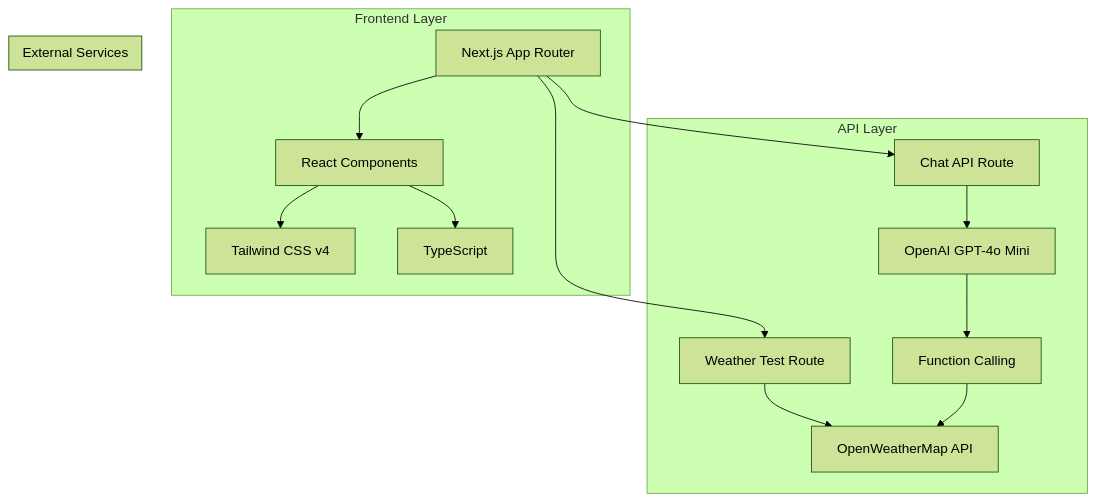
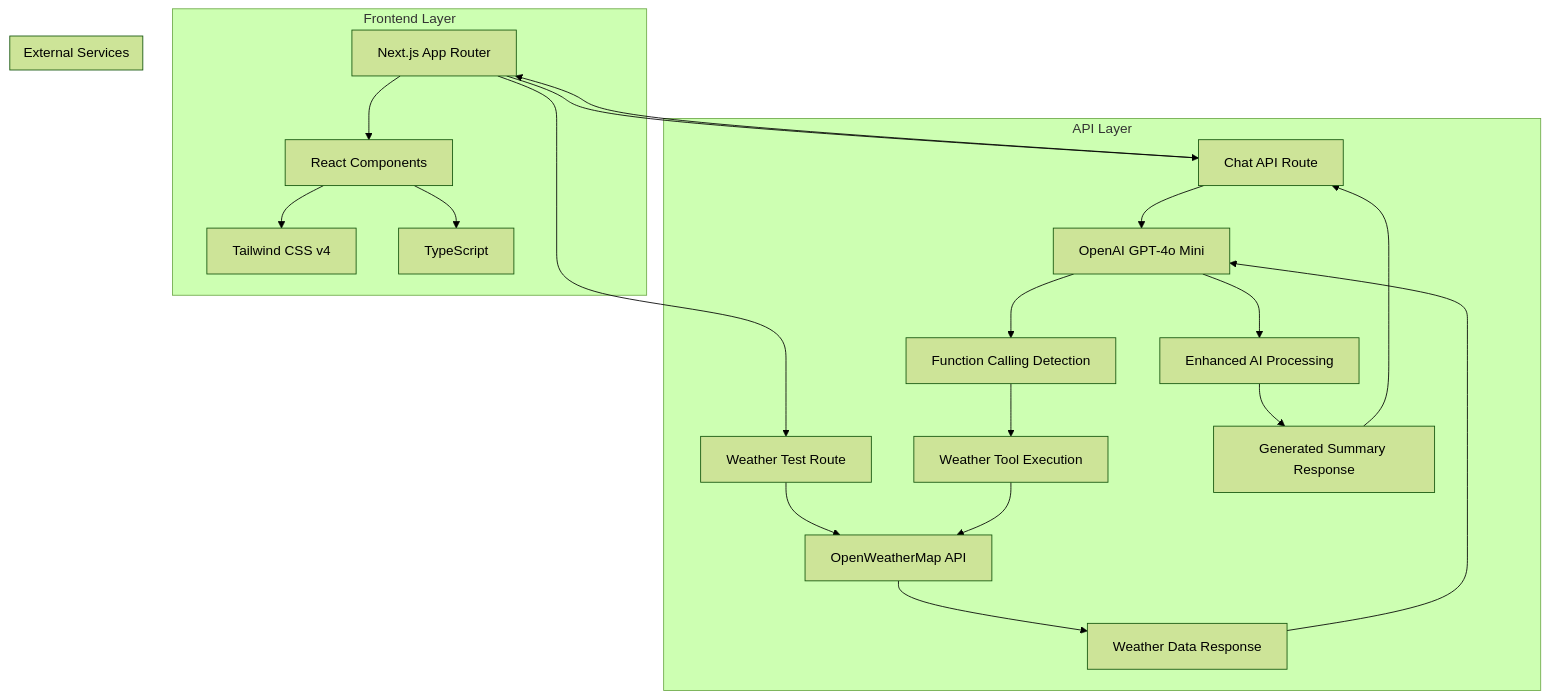
One commit to lbovboe/weather-agentic-ai changed the diagram in README.md. Above: the diagram before and after it, drawn with Mermaid (forest theme). The commit also changed other lines of this file, not shown here.

````diff
--- a/README.md
+++ b/README.md
@@ -129,23 +129,30 @@
 ```mermaid
 graph TB
     subgraph "Frontend Layer"
         A[Next.js App Router] --> B[React Components]
         B --> C[Tailwind CSS v4]
         B --> D[TypeScript]
     end
 
     subgraph "API Layer"
         E[Chat API Route] --> F[OpenAI GPT-4o Mini]
         G[Weather Test Route] --> H[OpenWeatherMap API]
-        F --> I[Function Calling]
-        I --> H
+        F --> I[Function Calling Detection]
+        I --> J[Weather Tool Execution]
+        J --> H
+        H --> K[Weather Data Response]
+        K --> F
+        F --> L[Enhanced AI Processing]
+        L --> M[Generated Summary Response]
     end
 
     subgraph "External Services"
         F
         H
     end
 
     A --> E
     A --> G
+    M --> E
+    E --> A
 ```
````
